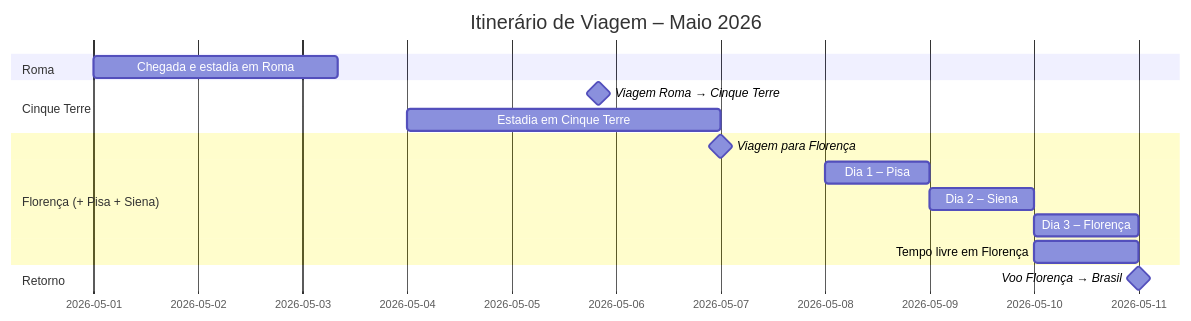
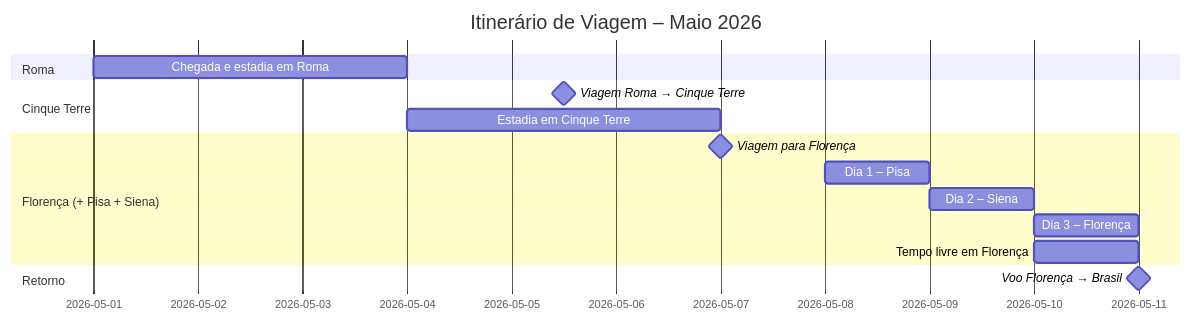
Before and after one commit to paulovcastagnari/planejamento-viagem-2026: the first of 2 diagrams in README.md, drawn with Mermaid.

````diff
--- a/README.md
+++ b/README.md
@@ -21,22 +21,22 @@
 ```mermaid
 gantt
     dateFormat  YYYY-MM-DD
     title Itinerário de Viagem – Maio 2026
 
     section Roma
-    Chegada e estadia em Roma     :2026-05-01, 56h
+    Chegada e estadia em Roma     :2026-05-01, 3d
 
     section Cinque Terre
-    Viagem Roma → Cinque Terre   :milestone, ct_arrive, 2026-05-04, 88h
+    Viagem Roma → Cinque Terre   :milestone, ct_arrive, 2026-05-04, 3d
     Estadia em Cinque Terre      :2026-05-04, 2.5d
 
     section Florença (+ Pisa + Siena)
     Viagem para Florença         :milestone, fl_arrive, 2026-05-07, 0d
     Dia 1 – Pisa                 :2026-05-08, 1d
     Dia 2 – Siena                :2026-05-09, 1d
     Dia 3 – Florença             :2026-05-10, 1d
     Tempo livre em Florença      :2026-05-10, 1d
 
     section Retorno
     Voo Florença → Brasil        :milestone, return_bra, 2026-05-11, 0d
 ```
````
